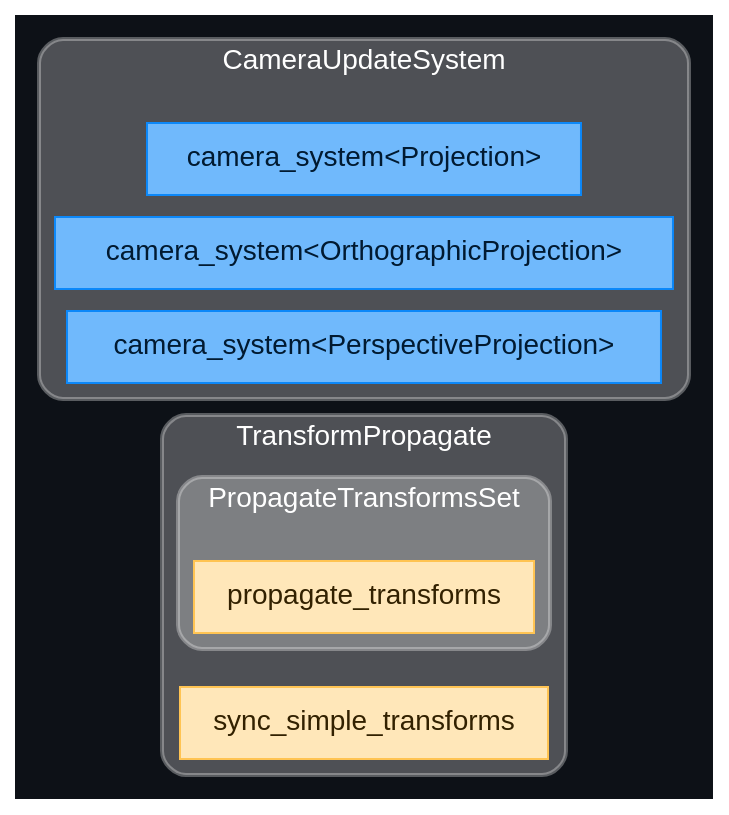
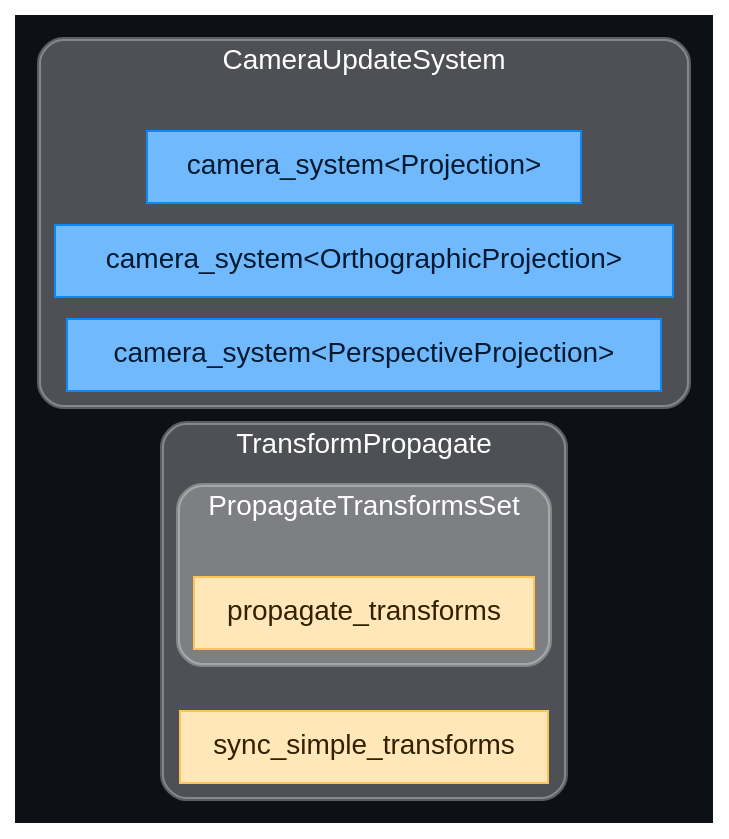
One commit to jakobhellermann/bevy_mod_debugdump changed the diagram in docs/schedule/dark/schedule_PostStartup.dot. Above: the diagram before and after it, drawn with Graphviz. The commit also changed 76 other files, not shown here.

```diff
--- a/docs/schedule/dark/schedule_PostStartup.dot
+++ b/docs/schedule/dark/schedule_PostStartup.dot
@@ -1,48 +1,48 @@
 digraph "" {
 	"compound"="true";
 	"splines"="spline";
 	"rankdir"="LR";
 	"bgcolor"="#0d1117";
 	"fontname"="Helvetica";
 	"nodesep"="0.15";
 	edge ["penwidth"="2"];
 	node ["shape"="box", "style"="filled"];
 	subgraph "clusternode_Set(1)" {
 		"style"="rounded,filled";
 		"label"="TransformPropagate";
 		"tooltip"="TransformPropagate";
 		"fillcolor"="#ffffff44";
 		"fontcolor"="#ffffff";
 		"color"="#ffffff50";
 		"penwidth"="2";
-		"set_marker_node_Set(1)" ["style"="invis", "label"="", "height"="0", "shape"="point"]
+		"set_marker_node_Set(1)" ["style"="invis", "label"="", "shape"="point"]
 		subgraph "clusternode_Set(0)" {
 			"style"="rounded,filled";
 			"label"="PropagateTransformsSet";
 			"tooltip"="PropagateTransformsSet";
 			"fillcolor"="#ffffff44";
 			"fontcolor"="#ffffff";
 			"color"="#ffffff50";
 			"penwidth"="2";
-			"set_marker_node_Set(0)" ["style"="invis", "label"="", "height"="0", "shape"="point"]
+			"set_marker_node_Set(0)" ["style"="invis", "label"="", "shape"="point"]
 			"node_System(1)" ["label"="propagate_transforms", "tooltip"="bevy_transform::systems::propagate_transforms", "fillcolor"="#ffe7b9", "fontname"="Helvetica", "fontcolor"="#322100", "color"="#ffc453", "penwidth"="1"]
 		}
 		
 		"node_System(0)" ["label"="sync_simple_transforms", "tooltip"="bevy_transform::systems::sync_simple_transforms", "fillcolor"="#ffe7b9", "fontname"="Helvetica", "fontcolor"="#322100", "color"="#ffc453", "penwidth"="1"]
 	}
 	
 	subgraph "clusternode_Set(5)" {
 		"style"="rounded,filled";
 		"label"="CameraUpdateSystem";
 		"tooltip"="CameraUpdateSystem";
 		"fillcolor"="#ffffff44";
 		"fontcolor"="#ffffff";
 		"color"="#ffffff50";
 		"penwidth"="2";
-		"set_marker_node_Set(5)" ["style"="invis", "label"="", "height"="0", "shape"="point"]
+		"set_marker_node_Set(5)" ["style"="invis", "label"="", "shape"="point"]
 		"node_System(2)" ["label"="camera_system<Projection>", "tooltip"="bevy_render::camera::camera::camera_system<bevy_render::camera::projection::Projection>", "fillcolor"="#70b9fc", "fontname"="Helvetica", "fontcolor"="#011a31", "color"="#0c88f9", "penwidth"="1"]
 		"node_System(3)" ["label"="camera_system<OrthographicProjection>", "tooltip"="bevy_render::camera::camera::camera_system<bevy_render::camera::projection::OrthographicProjection>", "fillcolor"="#70b9fc", "fontname"="Helvetica", "fontcolor"="#011a31", "color"="#0c88f9", "penwidth"="1"]
 		"node_System(4)" ["label"="camera_system<PerspectiveProjection>", "tooltip"="bevy_render::camera::camera::camera_system<bevy_render::camera::projection::PerspectiveProjection>", "fillcolor"="#70b9fc", "fontname"="Helvetica", "fontcolor"="#011a31", "color"="#0c88f9", "penwidth"="1"]
 	}
 	
 }
```
